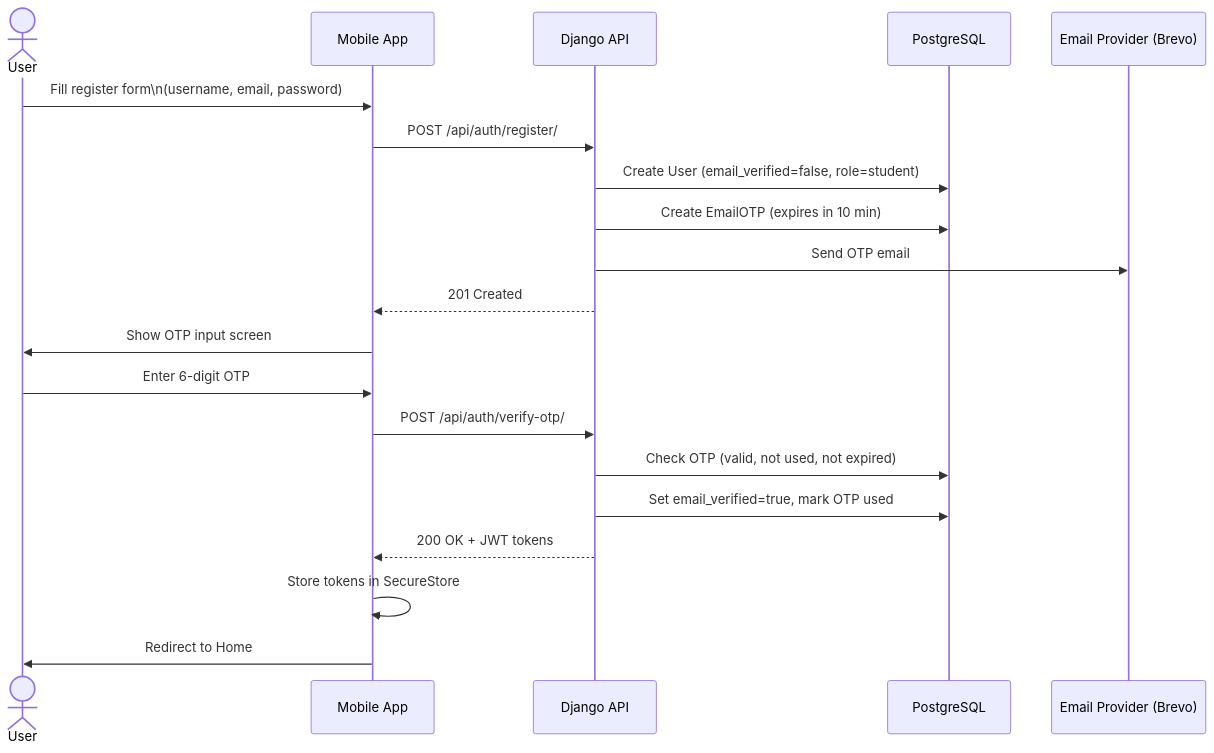
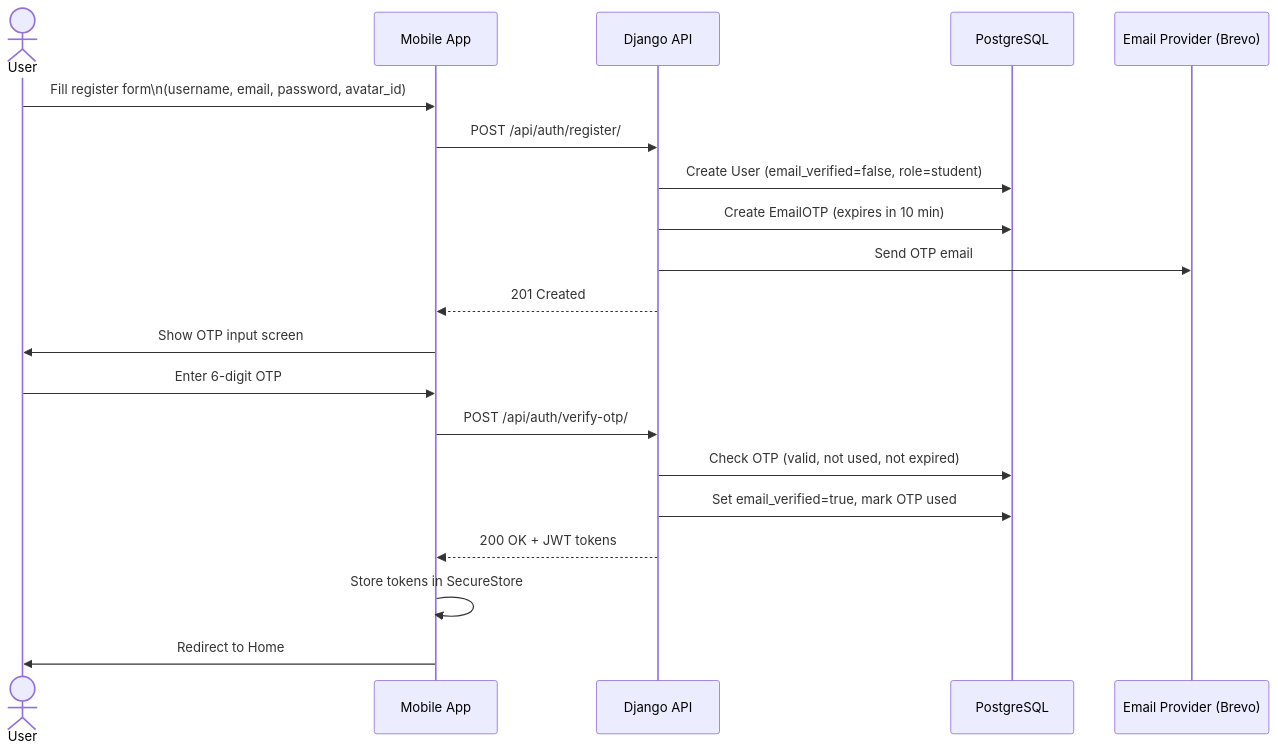
One commit to Cipher-Syntax/ARQuest changed the first of 11 diagrams in data-flow.md. Above: the diagram before and after it, drawn with Mermaid. The commit also changed 7 other files, not shown here.

Commit message:
docs: update system architecture, ERD, user flows, and context diagrams with recent gamification and avatar features

````diff
--- a/data-flow.md
+++ b/data-flow.md
@@ -10,24 +10,24 @@
 ```mermaid
 sequenceDiagram
     actor User
     participant App as Mobile App
     participant API as Django API
     participant DB as PostgreSQL
     participant Email as Email Provider (Brevo)
 
-    User->>App: Fill register form\n(username, email, password)
+    User->>App: Fill register form\n(username, email, password, avatar_id)
     App->>API: POST /api/auth/register/
     API->>DB: Create User (email_verified=false, role=student)
     API->>DB: Create EmailOTP (expires in 10 min)
     API->>Email: Send OTP email
     API-->>App: 201 Created
     App->>User: Show OTP input screen
 
     User->>App: Enter 6-digit OTP
     App->>API: POST /api/auth/verify-otp/
     API->>DB: Check OTP (valid, not used, not expired)
     API->>DB: Set email_verified=true, mark OTP used
     API-->>App: 200 OK + JWT tokens
     App->>App: Store tokens in SecureStore
     App->>User: Redirect to Home
 ```
````
